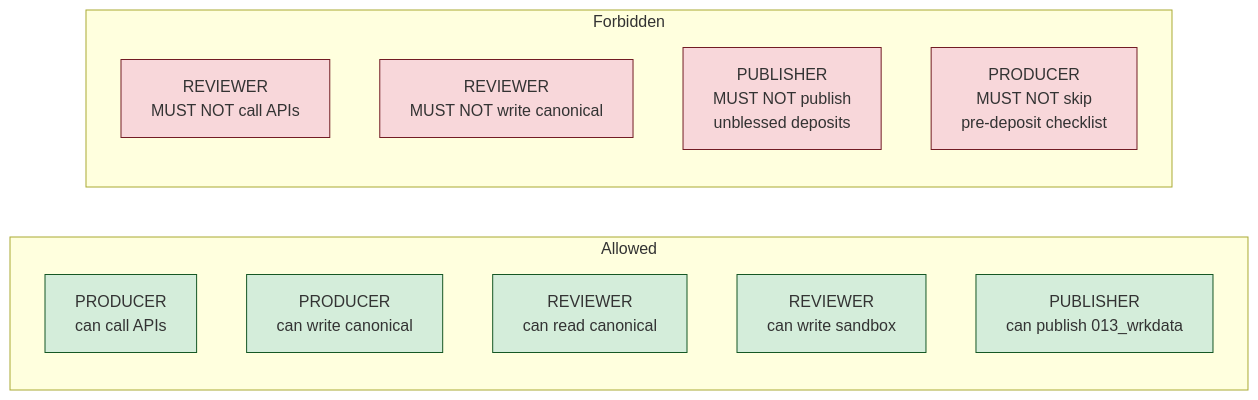
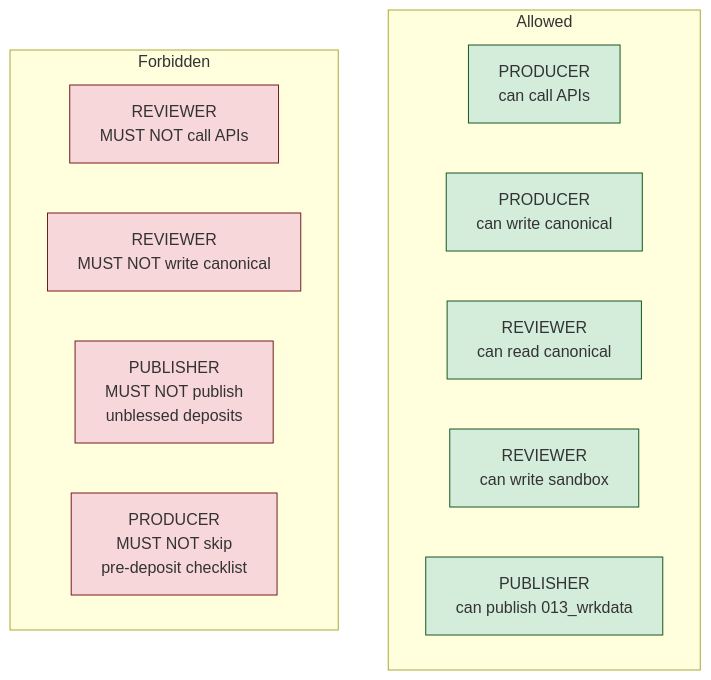
The second of 2 diagrams in docs/roles_and_workflow.md (unicef-drp/cso-toolkit), drawn with Mermaid before and after one commit. The commit also changed other lines of this file and 2 other files, not shown here.

Commit message:
docs: reorient flow diagrams from wide to long (flowchart LR -> TD)
The five Mermaid flow diagrams used `flowchart LR`, which renders wide and
overflows/clips in narrow contexts (README on GitHub, mobile, PDF). Switch
each to `flowchart TD` so they render top-to-bottom (long).

- docs/git_workflow.md: branch flow
- docs/roles_and_workflow.md: data-flow diagram + role-vs-action matrix
- README.md: "Architecture at a glance" + "Three roles, one contract"

For the README architecture diagram (5 nested subgraphs) the top-level flow
is now TD; EXT (external sources) and CANON (canonical deposit) get an inner
`direction LR` so those grouped nodes stay compact rows within the vertical
flow. Content (nodes, edges, classDefs, styles) is otherwise unchanged.

````diff
--- a/docs/roles_and_workflow.md
+++ b/docs/roles_and_workflow.md
@@ -69,21 +69,21 @@
 ```mermaid
-flowchart LR
+flowchart TD
     subgraph Allowed
         PR_API[PRODUCER<br/>can call APIs]
         PR_CAN[PRODUCER<br/>can write canonical]
         RV_READ[REVIEWER<br/>can read canonical]
         RV_SAND[REVIEWER<br/>can write sandbox]
         IN_PUB[PUBLISHER<br/>can publish 013_wrkdata]
     end
     subgraph Forbidden
         RV_API[REVIEWER<br/>MUST NOT call APIs]
         RV_CAN[REVIEWER<br/>MUST NOT write canonical]
         IN_RAW[PUBLISHER<br/>MUST NOT publish<br/>unblessed deposits]
         PR_SKIP[PRODUCER<br/>MUST NOT skip<br/>pre-deposit checklist]
     end
 
     classDef ok fill:#d4edda,stroke:#155724
     classDef no fill:#f8d7da,stroke:#721c24
     class PR_API,PR_CAN,RV_READ,RV_SAND,IN_PUB ok
     class RV_API,RV_CAN,IN_RAW,PR_SKIP no
 ```
````
